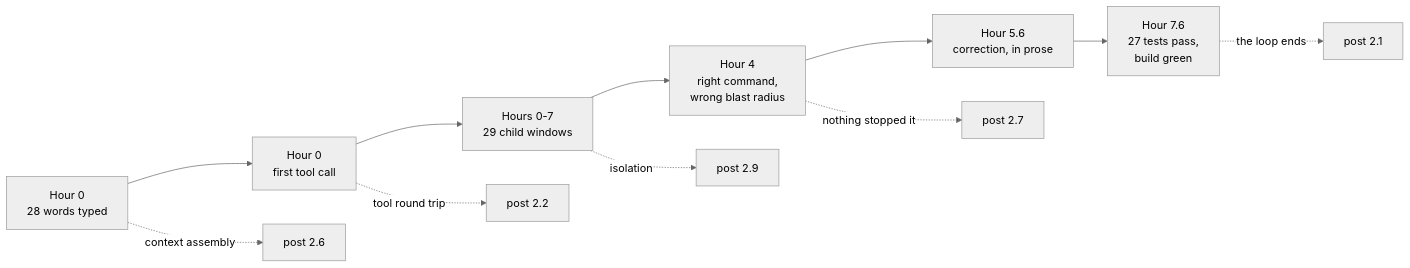
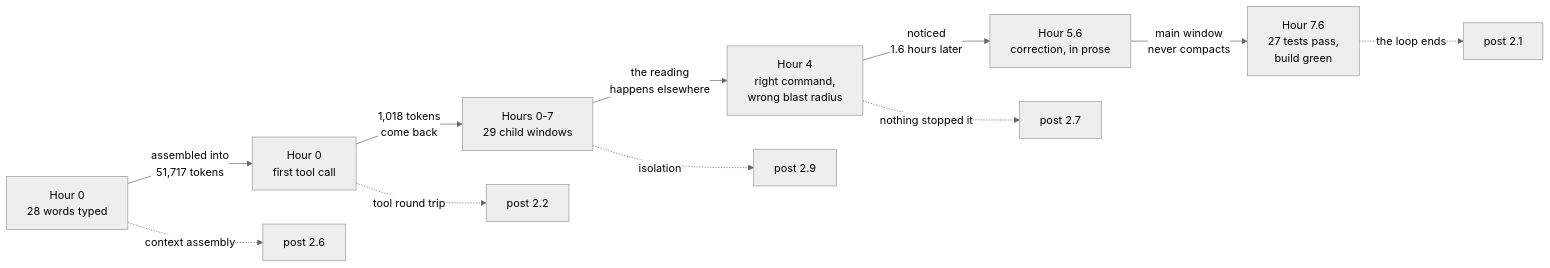
The first of 2 diagrams in src/content/engineering/the-whole-thing-annotated.md (riddam/riddam.github.io), drawn with Mermaid (neutral theme) before and after one commit. The commit also changed other lines of this file and 10 other files, not shown here.

````diff
--- a/src/content/engineering/the-whole-thing-annotated.md
+++ b/src/content/engineering/the-whole-thing-annotated.md
@@ -505,13 +508,13 @@
 ```mermaid
 flowchart LR
-  T1["Hour 0<br/>28 words typed"] --> T2["Hour 0<br/>first tool call"]
-  T2 --> T3["Hours 0-7<br/>29 child windows"]
-  T3 --> T4["Hour 4<br/>right command,<br/>wrong blast radius"]
-  T4 --> T5["Hour 5.6<br/>correction, in prose"]
-  T5 --> T6["Hour 7.6<br/>27 tests pass,<br/>build green"]
+  T1["Hour 0<br/>28 words typed"] -- "assembled into<br/>51,717 tokens" --> T2["Hour 0<br/>first tool call"]
+  T2 -- "1,018 tokens<br/>come back" --> T3["Hours 0-7<br/>29 child windows"]
+  T3 -- "the reading<br/>happens elsewhere" --> T4["Hour 4<br/>right command,<br/>wrong blast radius"]
+  T4 -- "noticed<br/>1.6 hours later" --> T5["Hour 5.6<br/>correction, in prose"]
+  T5 -- "main window<br/>never compacts" --> T6["Hour 7.6<br/>27 tests pass,<br/>build green"]
   T1 -. "context assembly" .-> N1["post 2.6"]
   T2 -. "tool round trip" .-> N2["post 2.2"]
   T3 -. "isolation" .-> N5["post 2.9"]
   T4 -. "nothing stopped it" .-> N3["post 2.7"]
   T6 -. "the loop ends" .-> N4["post 2.1"]
 ```
````
